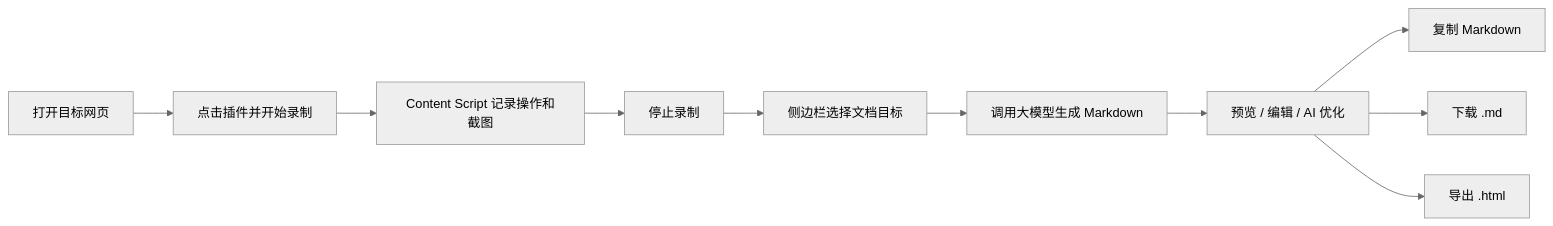
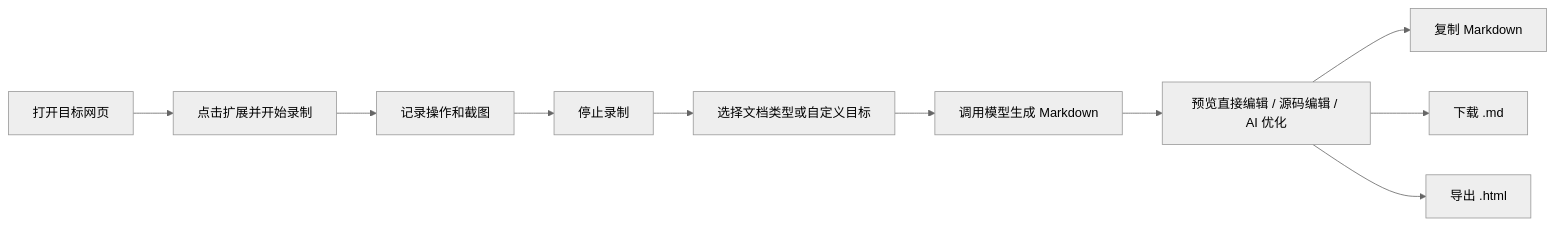
The first of 2 diagrams in README.md (Teddy9710/smartpages), drawn with Mermaid (neutral theme) before and after one commit. The commit also changed other lines of this file and 10 other files, not shown here.

````diff
--- a/README.md
+++ b/README.md
@@ -81,12 +92,12 @@
 ```mermaid
 flowchart LR
-  A["打开目标网页"] --> B["点击插件并开始录制"]
-  B --> C["Content Script 记录操作和截图"]
+  A["打开目标网页"] --> B["点击扩展并开始录制"]
+  B --> C["记录操作和截图"]
   C --> D["停止录制"]
-  D --> E["侧边栏选择文档目标"]
-  E --> F["调用大模型生成 Markdown"]
-  F --> G["预览 / 编辑 / AI 优化"]
+  D --> E["选择文档类型或自定义目标"]
+  E --> F["调用模型生成 Markdown"]
+  F --> G["预览直接编辑 / 源码编辑 / AI 优化"]
   G --> H["复制 Markdown"]
   G --> I["下载 .md"]
   G --> J["导出 .html"]
 ```
````
